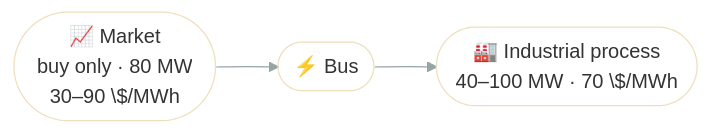
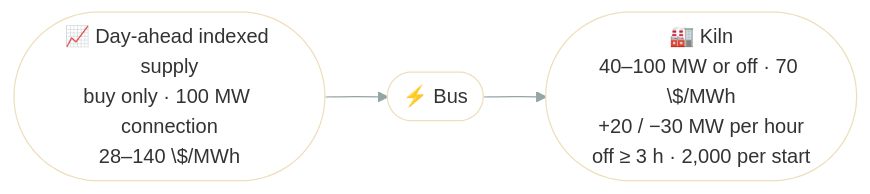
Before and after one commit to ramirocrc/odys: the diagram in docs/examples/demand_response.md, drawn with Mermaid. The commit also changed other lines of this file and 7 other files, not shown here.

````diff
--- a/docs/examples/demand_response.md
+++ b/docs/examples/demand_response.md
@@ -11,9 +17,9 @@
 ```mermaid
 %%{init: {"theme": "base", "themeVariables": {"lineColor": "#95A5A6"}}}%%
 flowchart LR
-    Market(["📈 Market<br/>buy only · 80 MW<br/>30–90 \$/MWh"]) --> Bus(["⚡ Bus"])
-    Bus --> Load(["🏭 Industrial process<br/>40–100 MW · 70 \$/MWh"])
-    style Market fill:none
+    Supply(["📈 Day-ahead indexed supply<br/>buy only · 100 MW connection<br/>28–140 \$/MWh"]) --> Bus(["⚡ Bus"])
+    Bus --> Kiln(["🏭 Kiln<br/>40–100 MW or off · 70 \$/MWh<br/>+20 / −30 MW per hour<br/>off ≥ 3 h · 2,000 per start"])
+    style Supply fill:none
     style Bus fill:none
-    style Load fill:none
+    style Kiln fill:none
 ```
````
